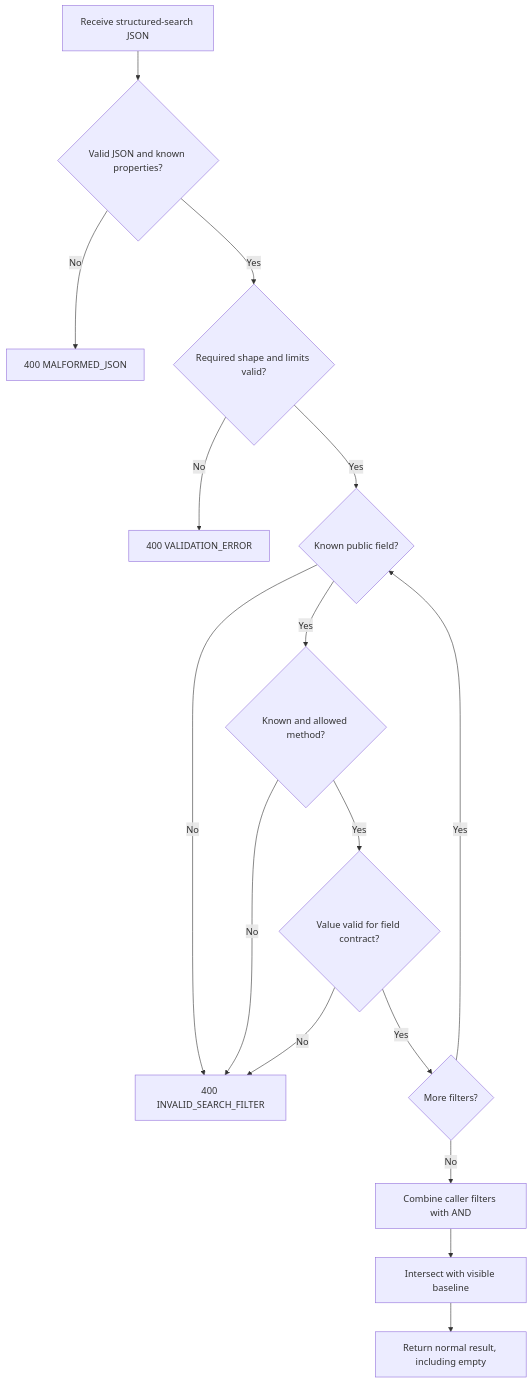
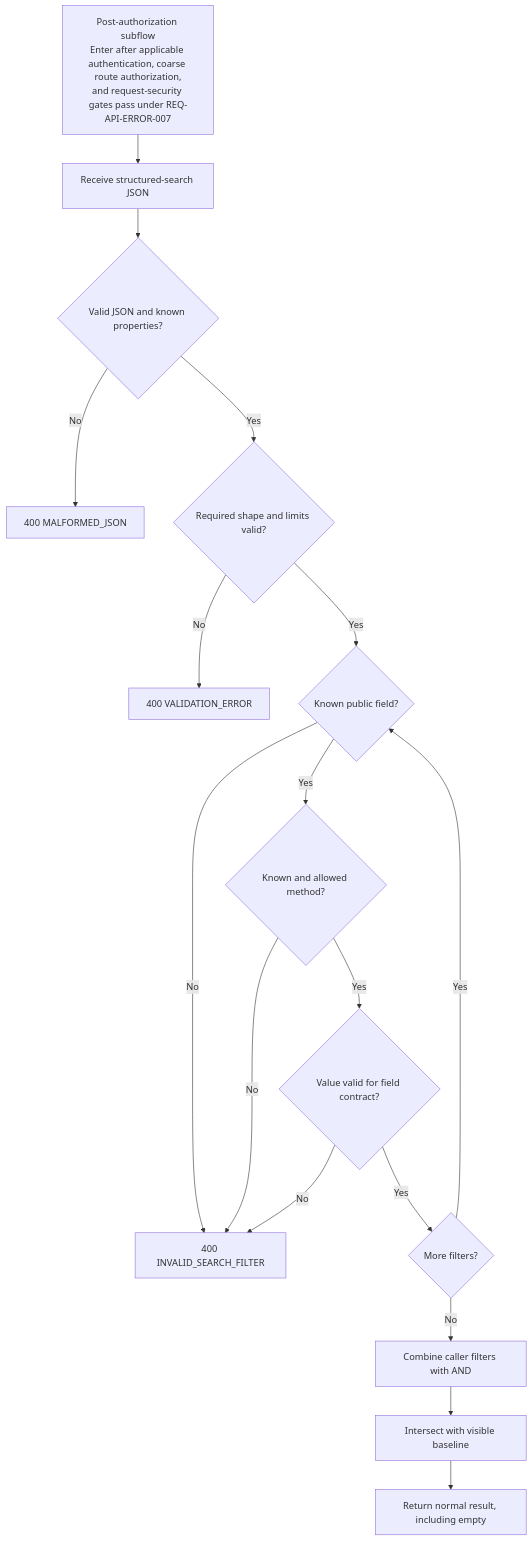
One commit to DudsFerraz/GAM-backend-API changed the diagram in docs/requirements/platform/search-and-filter-framework.md. Above: the diagram before and after it, drawn with Mermaid. The commit also changed other lines of this file and 6 other files, not shown here.

First line of the commit message:
docs(api): align error and authorization contracts

````diff
--- a/docs/requirements/platform/search-and-filter-framework.md
+++ b/docs/requirements/platform/search-and-filter-framework.md
@@ -490,18 +490,19 @@
 ```mermaid
 flowchart TD
-    Request["Receive structured-search JSON"] --> Syntax{"Valid JSON and known properties?"}
+    Entry["Post-authorization subflow<br/>Enter after applicable authentication, coarse route authorization,<br/>and request-security gates pass under REQ-API-ERROR-007"] --> Request["Receive structured-search JSON"]
+    Request --> Syntax{"Valid JSON and known properties?"}
     Syntax -- "No" --> Malformed["400 MALFORMED_JSON"]
     Syntax -- "Yes" --> Structure{"Required shape and limits valid?"}
     Structure -- "No" --> Validation["400 VALIDATION_ERROR"]
     Structure -- "Yes" --> Field{"Known public field?"}
     Field -- "No" --> Semantic["400 INVALID_SEARCH_FILTER"]
     Field -- "Yes" --> Method{"Known and allowed method?"}
     Method -- "No" --> Semantic
     Method -- "Yes" --> Value{"Value valid for field contract?"}
     Value -- "No" --> Semantic
     Value -- "Yes" --> More{"More filters?"}
     More -- "Yes" --> Field
     More -- "No" --> Compose["Combine caller filters with AND"]
     Compose --> Baseline["Intersect with visible baseline"]
     Baseline --> Result["Return normal result, including empty"]
 ```
````
